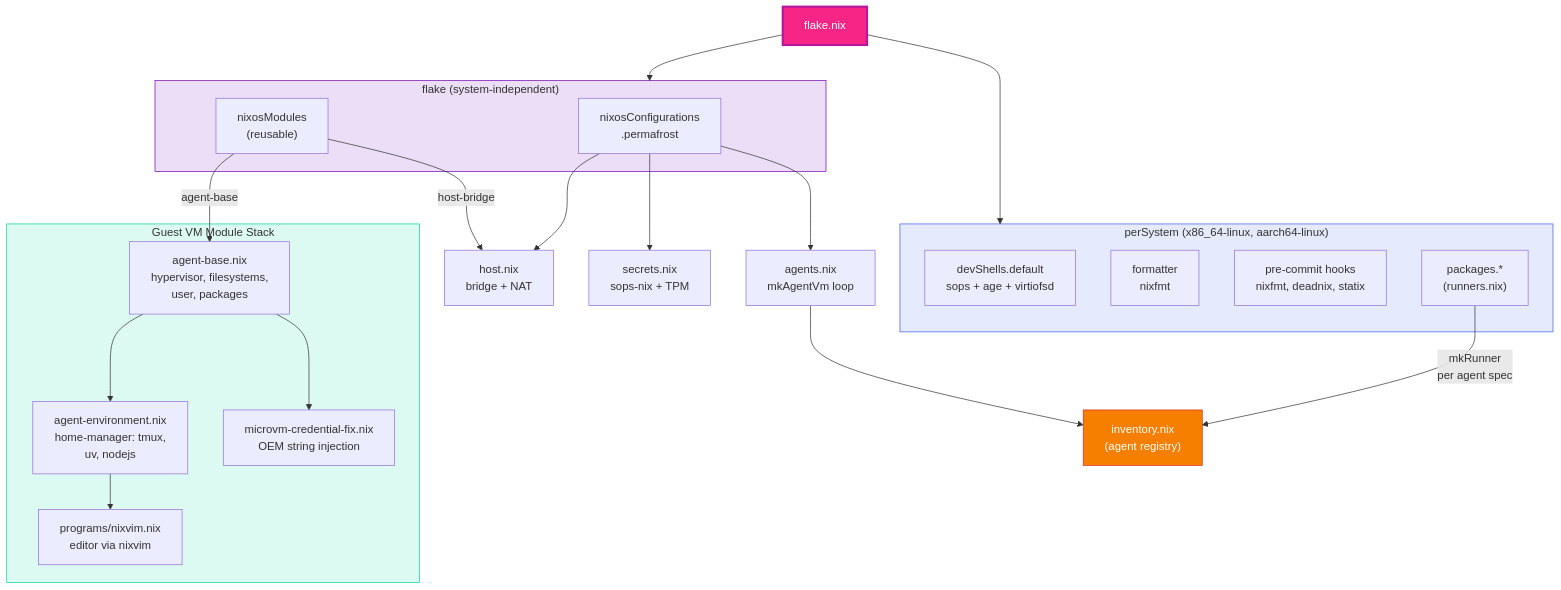
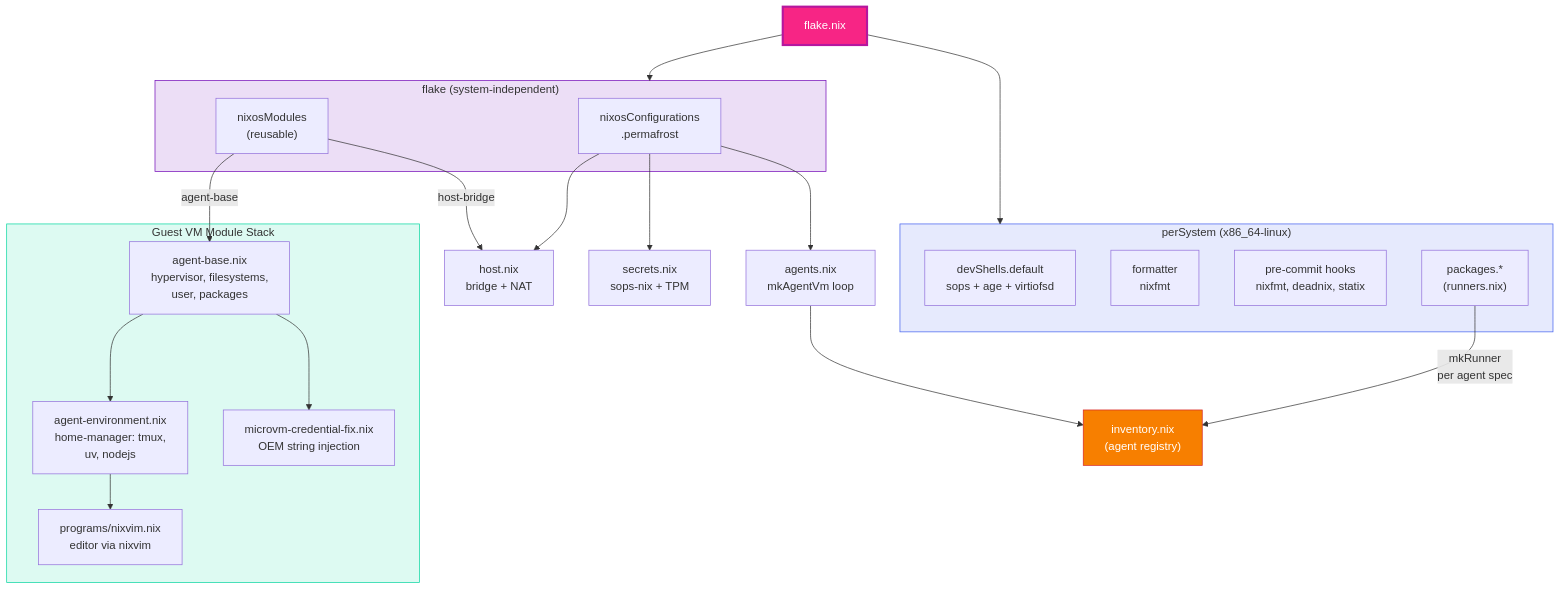
Before and after one commit to tenarches/nix-permafrost: the second of 7 diagrams in docs/architecture.md, drawn with Mermaid. The commit also changed 2 other files, not shown here.

Commit message:
chore: performed flake update

````diff
--- a/docs/architecture.md
+++ b/docs/architecture.md
@@ -51,46 +51,46 @@
 ```mermaid
 graph TD
     FLAKE["flake.nix"]
 
-    subgraph PER_SYSTEM["perSystem (x86_64-linux, aarch64-linux)"]
+    subgraph PER_SYSTEM["perSystem (x86_64-linux)"]
         DEVSHELL["devShells.default<br/>sops + age + virtiofsd"]
         FMT["formatter<br/>nixfmt"]
         HOOKS["pre-commit hooks<br/>nixfmt, deadnix, statix"]
         RUNNERS["packages.*<br/>(runners.nix)"]
     end
 
     subgraph FLAKE_WIDE["flake (system-independent)"]
         NIXOS_CFG["nixosConfigurations<br/>.permafrost"]
         MODULES["nixosModules<br/>(reusable)"]
     end
 
     FLAKE --> PER_SYSTEM
     FLAKE --> FLAKE_WIDE
 
     RUNNERS -->|"mkRunner<br/>per agent spec"| INV["inventory.nix<br/>(agent registry)"]
 
     NIXOS_CFG --> HOST_MOD["host.nix<br/>bridge + NAT"]
     NIXOS_CFG --> SEC_MOD["secrets.nix<br/>sops-nix + TPM"]
     NIXOS_CFG --> AGT_MOD["agents.nix<br/>mkAgentVm loop"]
     AGT_MOD --> INV
 
     subgraph GUEST_MODULES["Guest VM Module Stack"]
         AB["agent-base.nix<br/>hypervisor, filesystems,<br/>user, packages"]
         AE["agent-environment.nix<br/>home-manager: tmux,<br/>uv, nodejs"]
         NVIM["programs/nixvim.nix<br/>editor via nixvim"]
         CRED["microvm-credential-fix.nix<br/>OEM string injection"]
     end
 
     AB --> AE
     AE --> NVIM
     AB --> CRED
 
     MODULES -->|"agent-base"| AB
     MODULES -->|"host-bridge"| HOST_MOD
 
     style FLAKE fill:#f72585,stroke:#b5179e,color:#fff,stroke-width:3px
     style PER_SYSTEM fill:#4361ee22,stroke:#4361ee
     style FLAKE_WIDE fill:#7209b722,stroke:#7209b7
     style GUEST_MODULES fill:#06d6a022,stroke:#06d6a0
     style INV fill:#f77f00,stroke:#d62828,color:#fff
 ```
````
